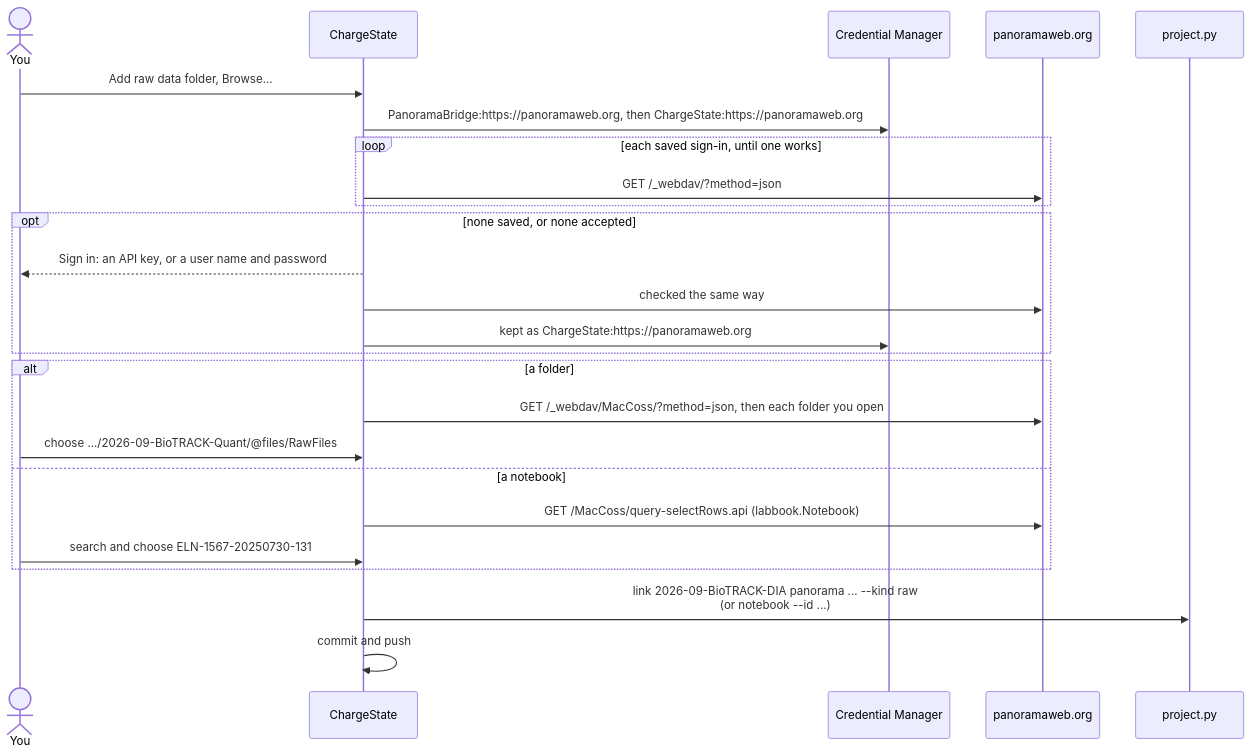
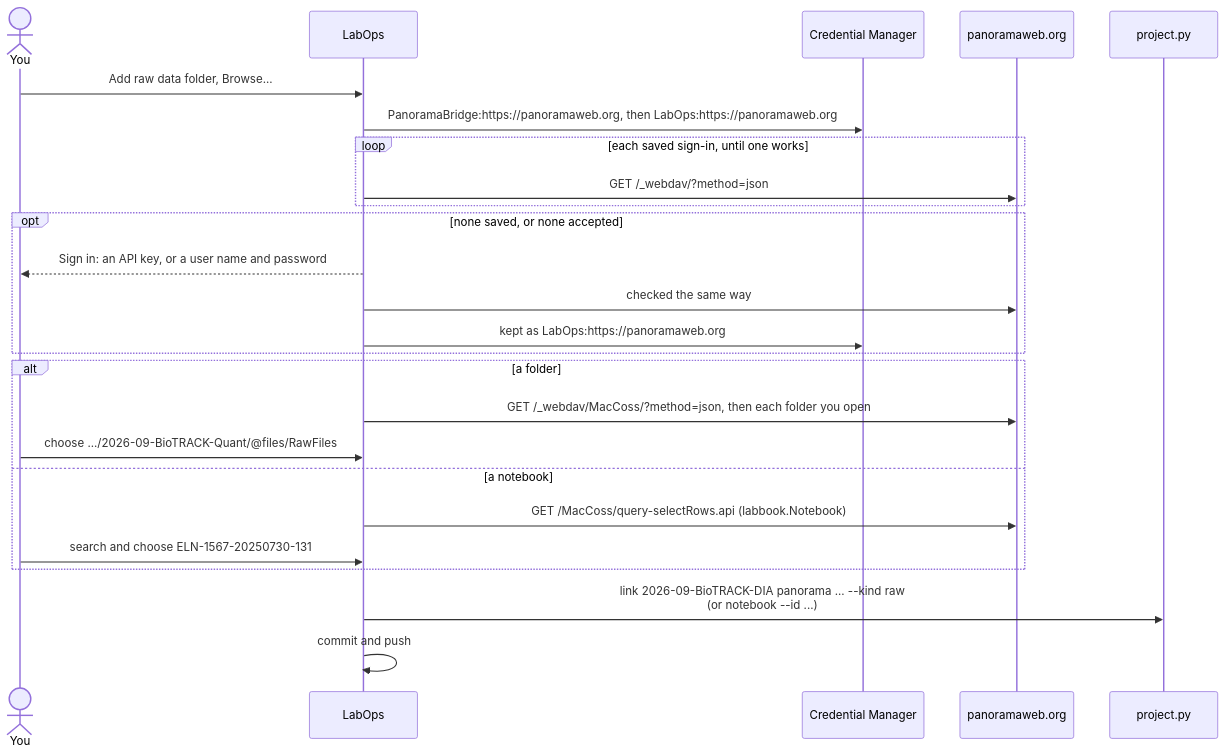
One commit to uw-maccosslab/LabOps changed the sixth of 8 diagrams in docs/flows.md. Above: the diagram before and after it, drawn with Mermaid. The commit also changed other lines of this file and 258 other files, not shown here.

First line of the commit message:
Rename the app from ChargeState to LabOps

````diff
--- a/docs/flows.md
+++ b/docs/flows.md
@@ -188,28 +188,28 @@
 ```mermaid
 sequenceDiagram
     actor You
-    participant App as ChargeState
+    participant App as LabOps
     participant Creds as Credential Manager
     participant Panorama as panoramaweb.org
     participant Engine as project.py
 
     You->>App: Add raw data folder, Browse...
-    App->>Creds: PanoramaBridge:https://panoramaweb.org, then ChargeState:https://panoramaweb.org
+    App->>Creds: PanoramaBridge:https://panoramaweb.org, then LabOps:https://panoramaweb.org
     loop each saved sign-in, until one works
         App->>Panorama: GET /_webdav/?method=json
     end
     opt none saved, or none accepted
         App-->>You: Sign in: an API key, or a user name and password
         App->>Panorama: checked the same way
-        App->>Creds: kept as ChargeState:https://panoramaweb.org
+        App->>Creds: kept as LabOps:https://panoramaweb.org
     end
     alt a folder
         App->>Panorama: GET /_webdav/MacCoss/?method=json, then each folder you open
         You->>App: choose .../2026-09-BioTRACK-Quant/@files/RawFiles
     else a notebook
         App->>Panorama: GET /MacCoss/query-selectRows.api (labbook.Notebook)
         You->>App: search and choose ELN-1567-20250730-131
     end
     App->>Engine: link 2026-09-BioTRACK-DIA panorama ... --kind raw<br/>(or notebook --id ...)
     App->>App: commit and push
 ```
````
